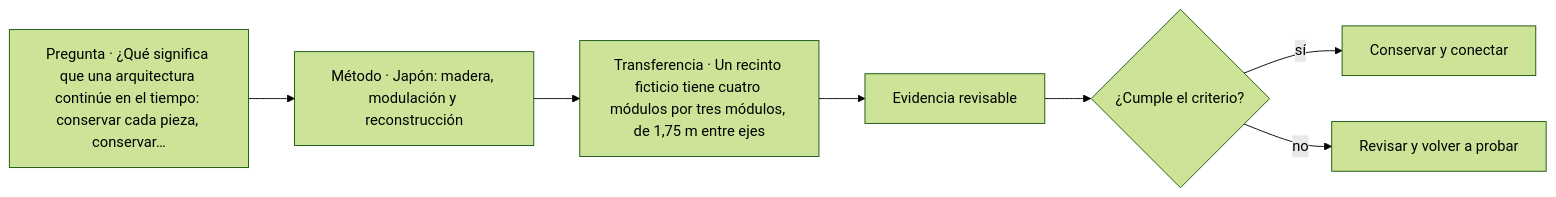
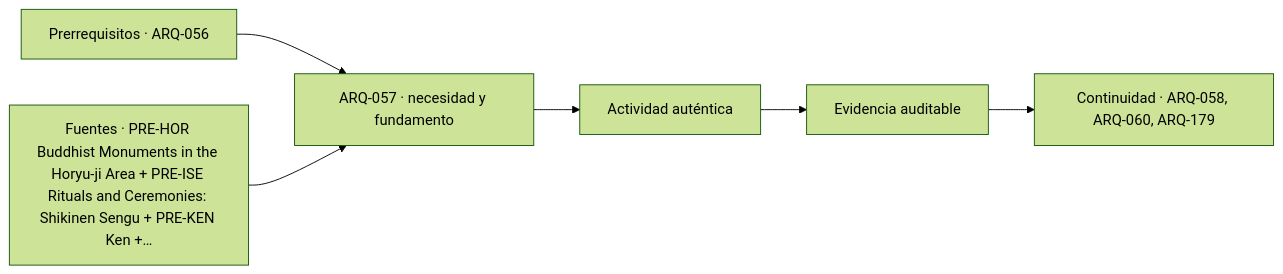
Before and after one commit to vladimiracunadev-create/architecture-built-environment-learning-program: the diagram in classes/parte-06/ARQ-057.md, drawn with Mermaid (forest theme). The commit also changed other lines of this file and 761 other files, not shown here.

````diff
--- a/classes/parte-06/ARQ-057.md
+++ b/classes/parte-06/ARQ-057.md
@@ -147,9 +159,8 @@
 ```mermaid
 flowchart LR
-    Q["Pregunta · ¿Qué significa que una arquitectura continúe en el tiempo: conservar cada pieza, conservar…"] --> M["Método · Japón: madera, modulación y reconstrucción"]
-    M --> P["Transferencia · Un recinto ficticio tiene cuatro módulos por tres módulos, de 1,75 m entre ejes"]
-    P --> E["Evidencia revisable"]
-    E --> C{"¿Cumple el criterio?"}
-    C -->|sí| T["Conservar y conectar"]
-    C -->|no| R["Revisar y volver a probar"]
+    A["Prerrequisitos · ARQ-056"] --> B["ARQ-057 · necesidad y fundamento"]
+    S["Fuentes · PRE-HOR Buddhist Monuments in the Horyu-ji Area + PRE-ISE Rituals and Ceremonies: Shikinen Sengu + PRE-KEN Ken +…"] --> B
+    B --> C["Actividad auténtica"]
+    C --> D["Evidencia auditable"]
+    D --> E["Continuidad · ARQ-058, ARQ-060, ARQ-179"]
 ```
````
